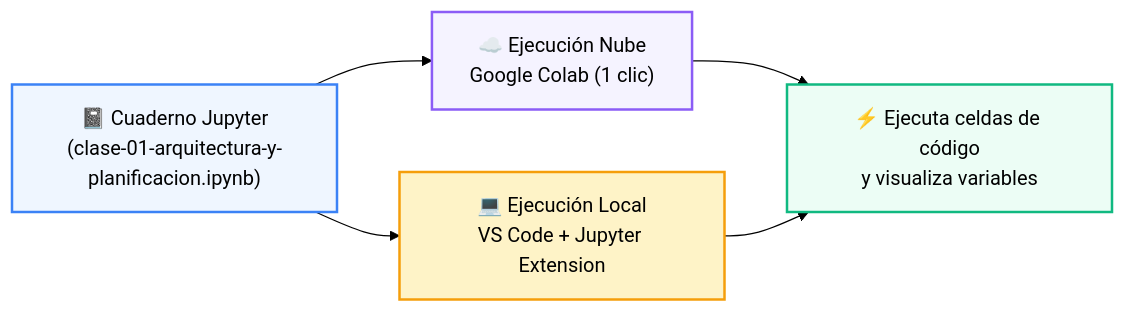
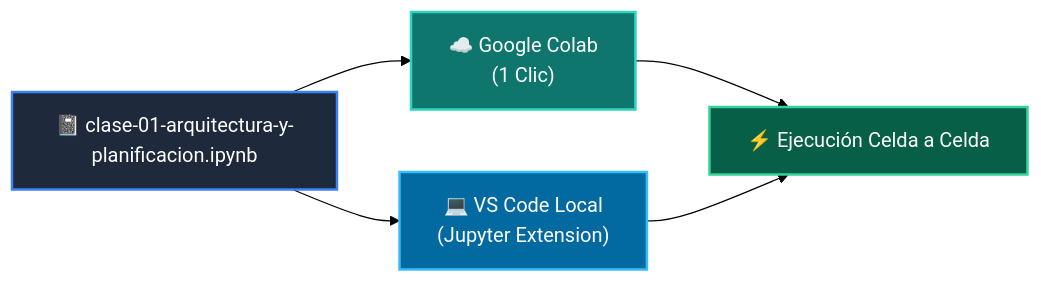
One commit to wisrovi/wisrovi-python changed the diagram in 04-proyecto-final/clase-01-arquitectura-y-planificacion/notebook/README.md. Above: the diagram before and after it, drawn with Mermaid (forest theme). The commit also changed other lines of this file and 271 other files, not shown here.

Commit message:
docs: rewrite all README.md files with bespoke topic-specific Mermaid diagrams and remove repetitive boilerplate

````diff
--- a/04-proyecto-final/clase-01-arquitectura-y-planificacion/notebook/README.md
+++ b/04-proyecto-final/clase-01-arquitectura-y-planificacion/notebook/README.md
@@ -14,12 +12,12 @@
 ```mermaid
 flowchart LR
-    NB["📓 Cuaderno Jupyter<br/>(clase-01-arquitectura-y-planificacion.ipynb)"] --> COLAB["☁️ Ejecución Nube<br/>Google Colab (1 clic)"]
-    NB --> LOCAL["💻 Ejecución Local<br/>VS Code + Jupyter Extension"]
-    COLAB --> RUN["⚡ Ejecuta celdas de código<br/>y visualiza variables"]
+    NB["📓 clase-01-arquitectura-y-planificacion.ipynb"] --> COLAB["☁️ Google Colab<br/>(1 Clic)"]
+    NB --> LOCAL["💻 VS Code Local<br/>(Jupyter Extension)"]
+    COLAB --> RUN["⚡ Ejecución Celda a Celda"]
     LOCAL --> RUN
 
-    style NB fill:#eff6ff,stroke:#3b82f6,stroke-width:2px
-    style COLAB fill:#f5f3ff,stroke:#8b5cf6,stroke-width:2px
-    style LOCAL fill:#fef3c7,stroke:#f59e0b,stroke-width:2px
-    style RUN fill:#ecfdf5,stroke:#10b981,stroke-width:2px
+    style NB fill:#1e293b,color:#fff,stroke:#3b82f6,stroke-width:2px
+    style COLAB fill:#0f766e,color:#fff,stroke:#2dd4bf,stroke-width:2px
+    style LOCAL fill:#0369a1,color:#fff,stroke:#38bdf8,stroke-width:2px
+    style RUN fill:#065f46,color:#fff,stroke:#34d399,stroke-width:2px
 ```
````
